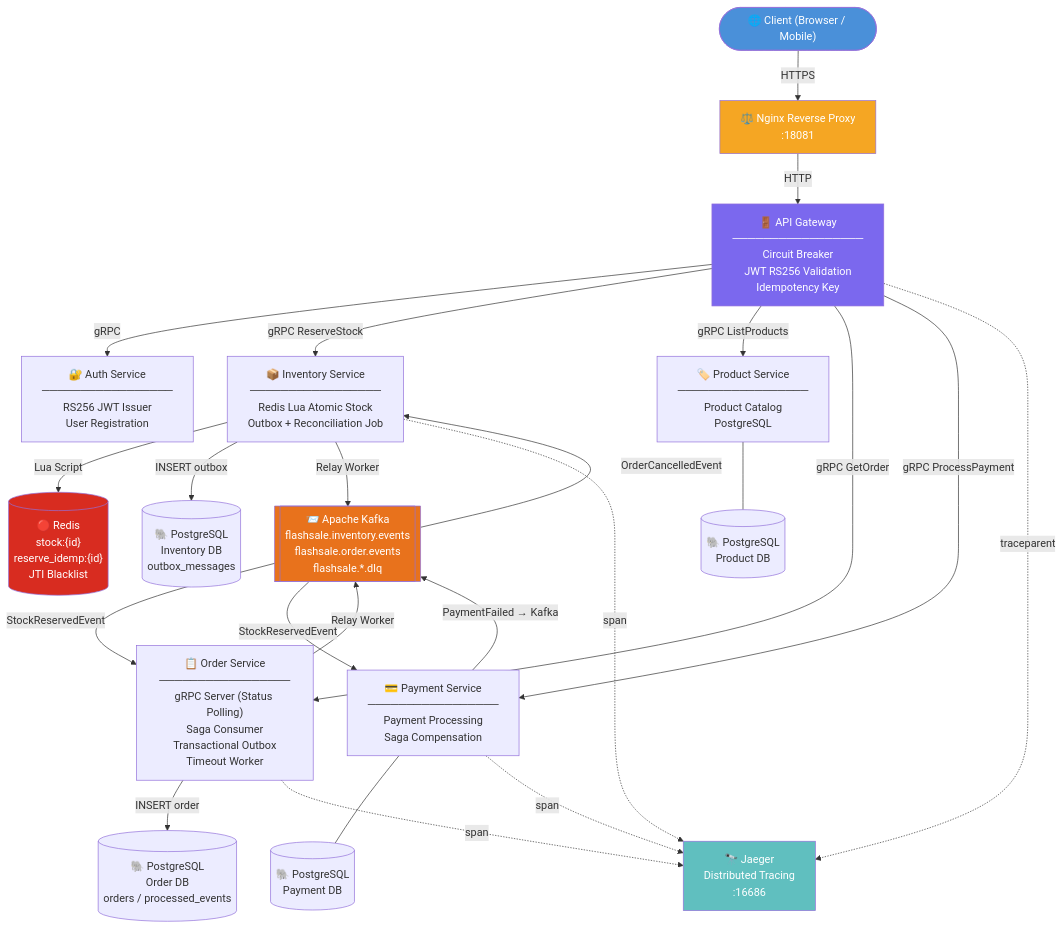
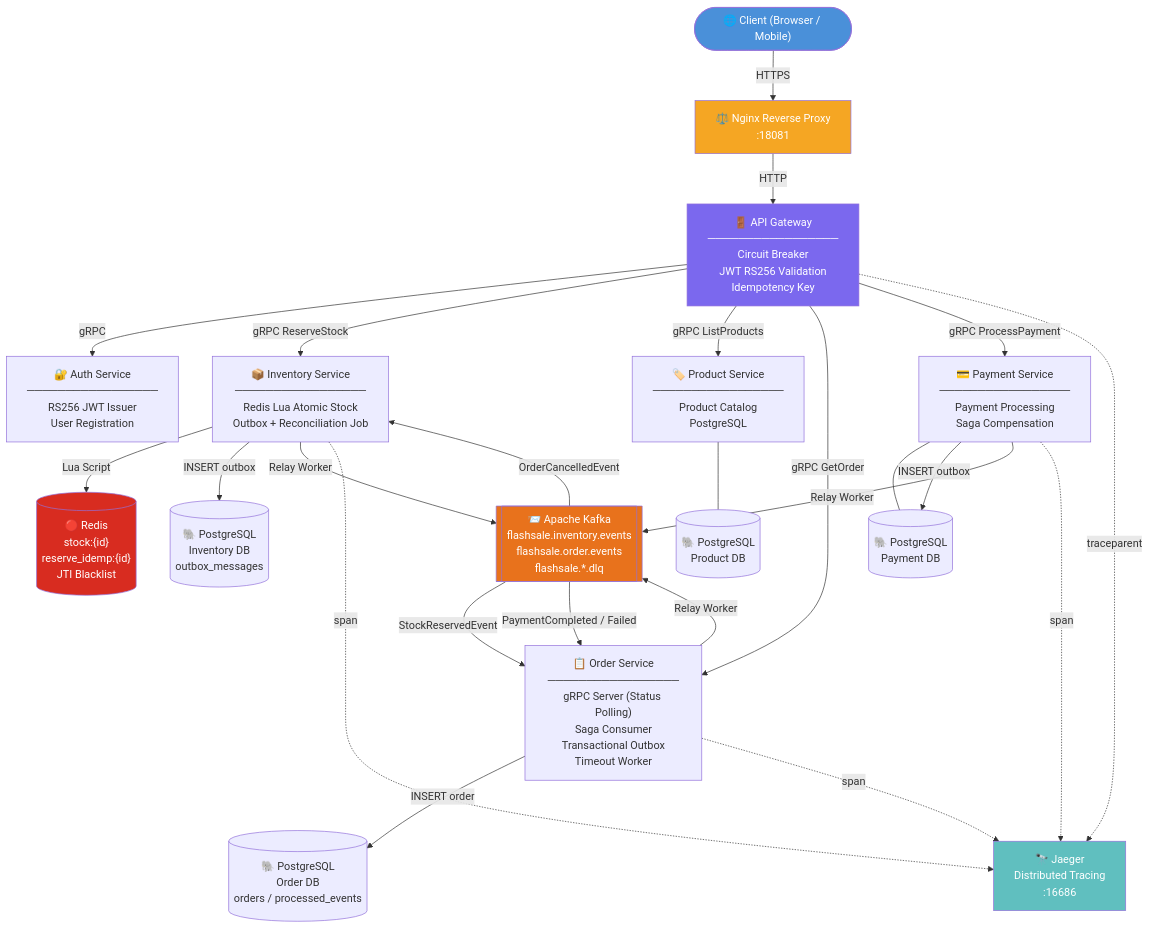
The diagram in README.md (odealidj/go-distributed-flashsale-mini-kafka-basic), drawn with Mermaid before and after one commit.

Commit message:
docs: sync mermaid diagram to accurately reflect saga pattern event flow

````diff
--- a/README.md
+++ b/README.md
@@ -23,49 +23,50 @@
 ```mermaid
 graph TD
     Client(["🌐 Client (Browser / Mobile)"])
     Nginx["⚖️ Nginx Reverse Proxy\n:18081"]
     GW["🚪 API Gateway\n─────────────────\nCircuit Breaker\nJWT RS256 Validation\nIdempotency Key"]
     Auth["🔐 Auth Service\n─────────────────\nRS256 JWT Issuer\nUser Registration"]
     Inventory["📦 Inventory Service\n─────────────────\nRedis Lua Atomic Stock\nOutbox + Reconciliation Job"]
     Product["🏷️ Product Service\n─────────────────\nProduct Catalog\nPostgreSQL"]
     Redis[("🔴 Redis\nstock:{id}\nreserve_idemp:{id}\nJTI Blacklist")]
     Order["📋 Order Service\n─────────────────\ngRPC Server (Status Polling)\nSaga Consumer\nTransactional Outbox\nTimeout Worker"]
     Payment["💳 Payment Service\n─────────────────\nPayment Processing\nSaga Compensation"]
     Kafka[["📨 Apache Kafka\nflashsale.inventory.events\nflashsale.order.events\nflashsale.*.dlq"]]
     PG_INV[("🐘 PostgreSQL\nInventory DB\noutbox_messages")]
     PG_ORD[("🐘 PostgreSQL\nOrder DB\norders / processed_events")]
     PG_PAY[("🐘 PostgreSQL\nPayment DB")]
     PG_PRD[("🐘 PostgreSQL\nProduct DB")]
     Jaeger["🔭 Jaeger\nDistributed Tracing\n:16686"]
 
     Client -->|HTTPS| Nginx
     Nginx -->|HTTP| GW
     GW -->|gRPC| Auth
     GW -->|gRPC ReserveStock| Inventory
     GW -->|gRPC ListProducts| Product
     GW -->|gRPC GetOrder| Order
     GW -->|gRPC ProcessPayment| Payment
     Inventory -->|Lua Script| Redis
     Inventory -->|INSERT outbox| PG_INV
     Inventory -->|Relay Worker| Kafka
     Product --- PG_PRD
     Kafka -->|StockReservedEvent| Order
     Kafka -->|OrderCancelledEvent| Inventory
     Order -->|INSERT order| PG_ORD
     Order -->|Relay Worker| Kafka
-    Kafka -->|StockReservedEvent| Payment
+    Kafka -->|PaymentCompleted / Failed| Order
     Payment --- PG_PAY
-    Payment -->|PaymentFailed → Kafka| Kafka
+    Payment -->|INSERT outbox| PG_PAY
+    Payment -->|Relay Worker| Kafka
 
     GW -.->|traceparent| Jaeger
     Inventory -.->|span| Jaeger
     Order -.->|span| Jaeger
     Payment -.->|span| Jaeger
 
     style Client fill:#4A90D9,color:#fff
     style Nginx fill:#F5A623,color:#fff
     style GW fill:#7B68EE,color:#fff
     style Kafka fill:#E8721C,color:#fff
     style Redis fill:#D82C20,color:#fff
     style Jaeger fill:#60BFBF,color:#fff
 ```
````
